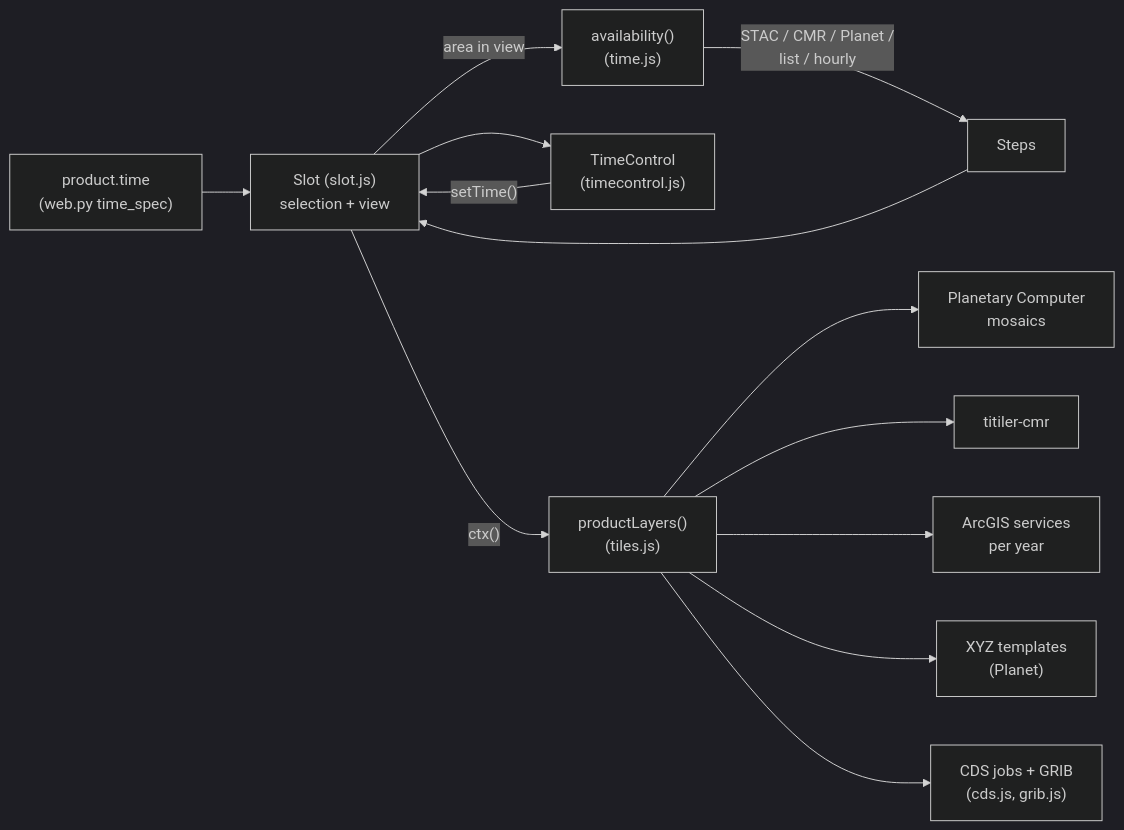
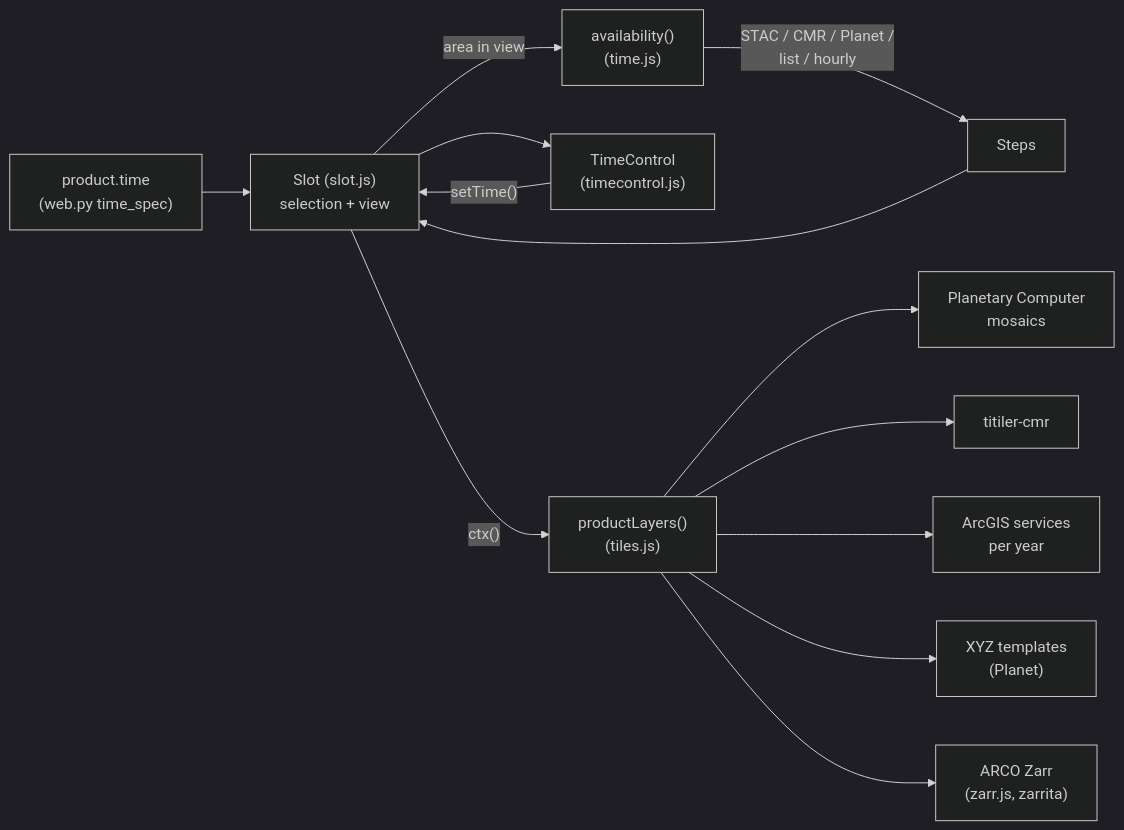
The diagram in docs/website/time.md (YCGS-lab/multi-resolution-new-haven), drawn with Mermaid (dark theme) before and after one commit. The commit also changed other lines of this file and 20 other files, not shown here.

First line of the commit message:
ERA5-Land from ECMWF's time-chunked ARCO Zarr store instead of CDS jobs + GRIB

````diff
--- a/docs/website/time.md
+++ b/docs/website/time.md
@@ -9,15 +9,15 @@
 ```mermaid
 flowchart LR
   Spec["product.time<br/>(web.py time_spec)"] --> Slot["Slot (slot.js)<br/>selection + view"]
   Slot -->|"area in view"| Avail["availability()<br/>(time.js)"]
   Avail -->|"STAC / CMR / Planet /<br/>list / hourly"| Steps["Steps"]
   Steps --> Slot
   Slot --> TC["TimeControl<br/>(timecontrol.js)"]
   TC -->|"setTime()"| Slot
   Slot -->|"ctx()"| Tiles["productLayers()<br/>(tiles.js)"]
   Tiles --> PC["Planetary Computer<br/>mosaics"]
   Tiles --> CMR["titiler-cmr"]
   Tiles --> AG["ArcGIS services<br/>per year"]
   Tiles --> XYZ["XYZ templates<br/>(Planet)"]
-  Tiles --> CDS["CDS jobs + GRIB<br/>(cds.js, grib.js)"]
+  Tiles --> ZARR["ARCO Zarr<br/>(zarr.js, zarrita)"]
 ```
````
